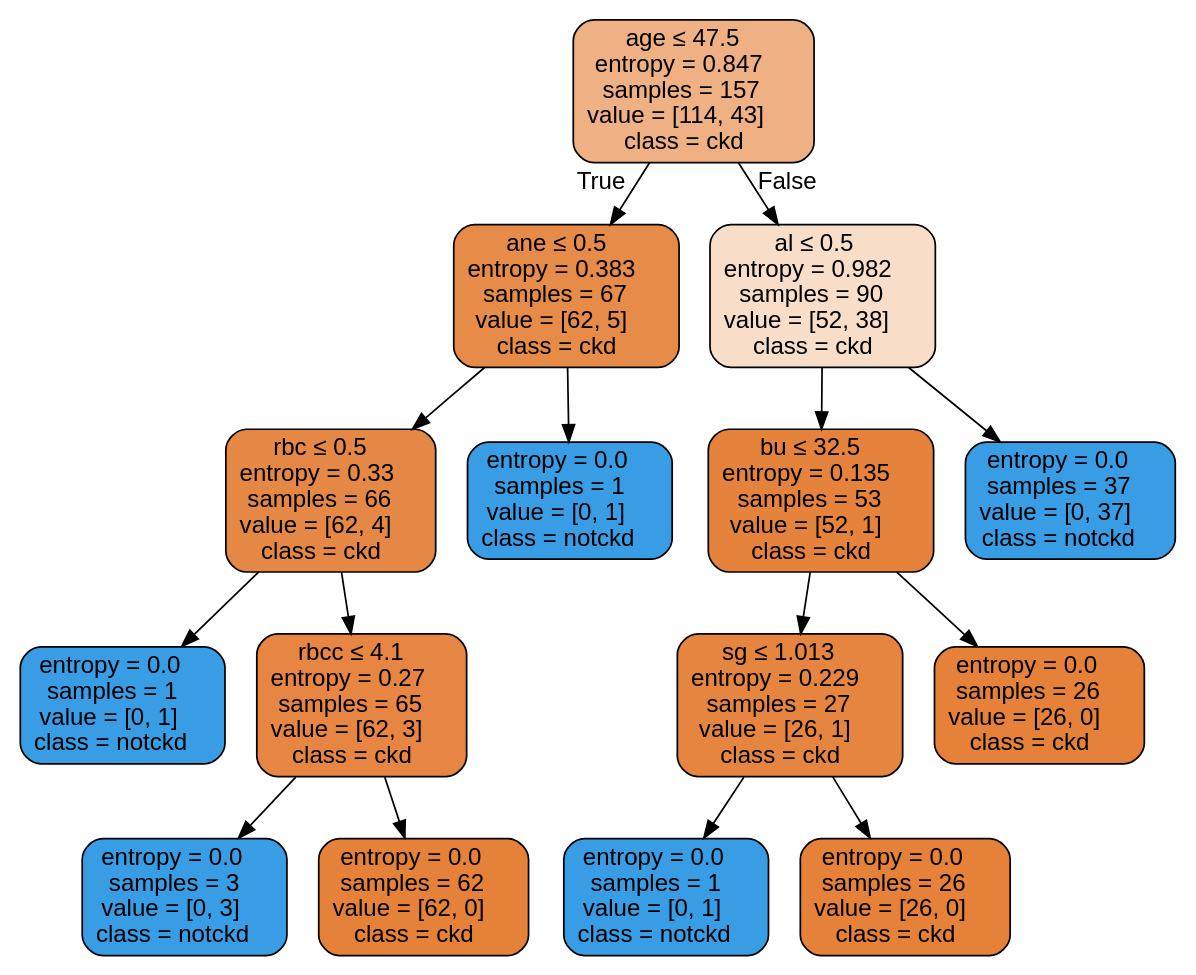
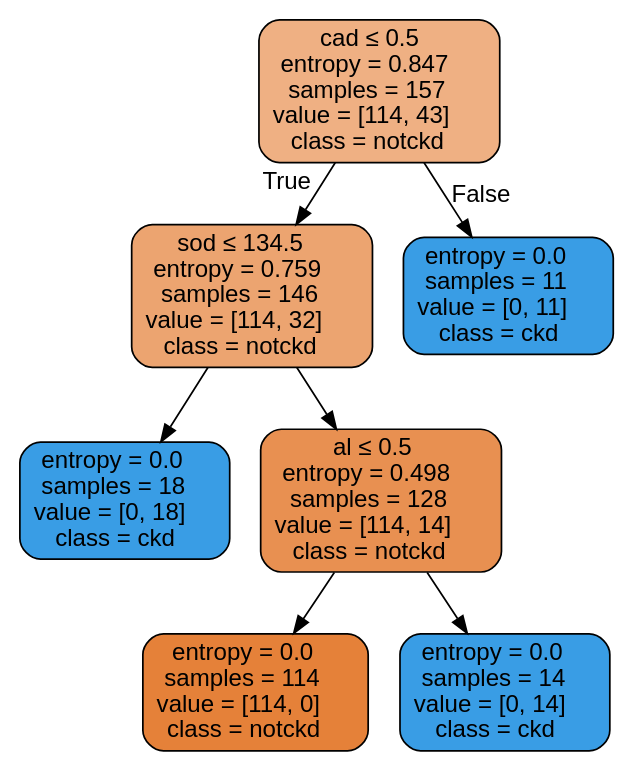
Before and after one commit to nisimatteo834/health: the diagram in Lab2/Tree.dot, drawn with Graphviz. The commit also changed 2 other files, not shown here.

```diff
--- a/Lab2/Tree.dot
+++ b/Lab2/Tree.dot
@@ -1,33 +1,17 @@
 digraph Tree {
 node [shape=box, style="filled, rounded", color="black", fontname=helvetica] ;
 edge [fontname=helvetica] ;
-0 [label=<age &le; 47.5<br/>entropy = 0.847<br/>samples = 157<br/>value = [114, 43]<br/>class = ckd>, fillcolor="#e581399f"] ;
-1 [label=<ane &le; 0.5<br/>entropy = 0.383<br/>samples = 67<br/>value = [62, 5]<br/>class = ckd>, fillcolor="#e58139ea"] ;
+0 [label=<cad &le; 0.5<br/>entropy = 0.847<br/>samples = 157<br/>value = [114, 43]<br/>class = notckd>, fillcolor="#e581399f"] ;
+1 [label=<sod &le; 134.5<br/>entropy = 0.759<br/>samples = 146<br/>value = [114, 32]<br/>class = notckd>, fillcolor="#e58139b7"] ;
 0 -> 1 [labeldistance=2.5, labelangle=45, headlabel="True"] ;
-2 [label=<rbc &le; 0.5<br/>entropy = 0.33<br/>samples = 66<br/>value = [62, 4]<br/>class = ckd>, fillcolor="#e58139ef"] ;
+2 [label=<entropy = 0.0<br/>samples = 18<br/>value = [0, 18]<br/>class = ckd>, fillcolor="#399de5ff"] ;
 1 -> 2 ;
-3 [label=<entropy = 0.0<br/>samples = 1<br/>value = [0, 1]<br/>class = notckd>, fillcolor="#399de5ff"] ;
-2 -> 3 ;
-4 [label=<rbcc &le; 4.1<br/>entropy = 0.27<br/>samples = 65<br/>value = [62, 3]<br/>class = ckd>, fillcolor="#e58139f3"] ;
-2 -> 4 ;
-5 [label=<entropy = 0.0<br/>samples = 3<br/>value = [0, 3]<br/>class = notckd>, fillcolor="#399de5ff"] ;
-4 -> 5 ;
-6 [label=<entropy = 0.0<br/>samples = 62<br/>value = [62, 0]<br/>class = ckd>, fillcolor="#e58139ff"] ;
-4 -> 6 ;
-7 [label=<entropy = 0.0<br/>samples = 1<br/>value = [0, 1]<br/>class = notckd>, fillcolor="#399de5ff"] ;
-1 -> 7 ;
-8 [label=<al &le; 0.5<br/>entropy = 0.982<br/>samples = 90<br/>value = [52, 38]<br/>class = ckd>, fillcolor="#e5813945"] ;
-0 -> 8 [labeldistance=2.5, labelangle=-45, headlabel="False"] ;
-9 [label=<bu &le; 32.5<br/>entropy = 0.135<br/>samples = 53<br/>value = [52, 1]<br/>class = ckd>, fillcolor="#e58139fa"] ;
-8 -> 9 ;
-10 [label=<sg &le; 1.013<br/>entropy = 0.229<br/>samples = 27<br/>value = [26, 1]<br/>class = ckd>, fillcolor="#e58139f5"] ;
-9 -> 10 ;
-11 [label=<entropy = 0.0<br/>samples = 1<br/>value = [0, 1]<br/>class = notckd>, fillcolor="#399de5ff"] ;
-10 -> 11 ;
-12 [label=<entropy = 0.0<br/>samples = 26<br/>value = [26, 0]<br/>class = ckd>, fillcolor="#e58139ff"] ;
-10 -> 12 ;
-13 [label=<entropy = 0.0<br/>samples = 26<br/>value = [26, 0]<br/>class = ckd>, fillcolor="#e58139ff"] ;
-9 -> 13 ;
-14 [label=<entropy = 0.0<br/>samples = 37<br/>value = [0, 37]<br/>class = notckd>, fillcolor="#399de5ff"] ;
-8 -> 14 ;
+3 [label=<al &le; 0.5<br/>entropy = 0.498<br/>samples = 128<br/>value = [114, 14]<br/>class = notckd>, fillcolor="#e58139e0"] ;
+1 -> 3 ;
+4 [label=<entropy = 0.0<br/>samples = 114<br/>value = [114, 0]<br/>class = notckd>, fillcolor="#e58139ff"] ;
+3 -> 4 ;
+5 [label=<entropy = 0.0<br/>samples = 14<br/>value = [0, 14]<br/>class = ckd>, fillcolor="#399de5ff"] ;
+3 -> 5 ;
+6 [label=<entropy = 0.0<br/>samples = 11<br/>value = [0, 11]<br/>class = ckd>, fillcolor="#399de5ff"] ;
+0 -> 6 [labeldistance=2.5, labelangle=-45, headlabel="False"] ;
 }
```
